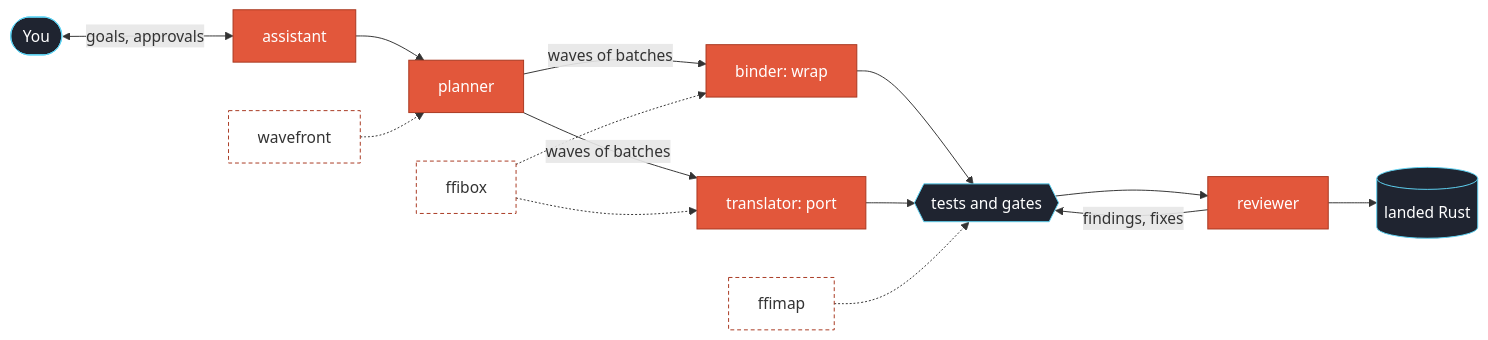
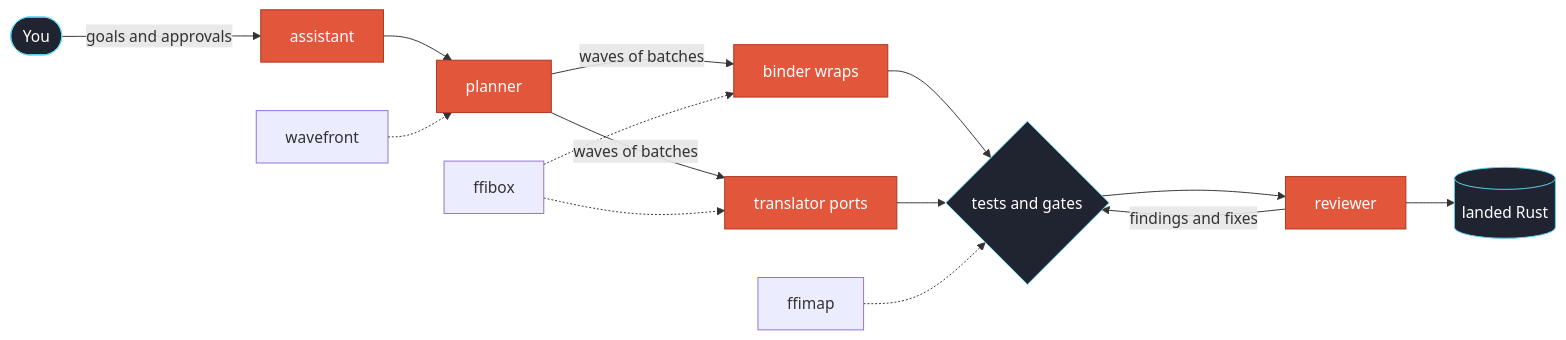
Before and after one commit to crustify-rs/crustify: the diagram in README.md, drawn with Mermaid.

Commit message:
README: the diagram in plain Mermaid syntax
GitHub did not render the first form. Short ids, unquoted labels, one-way
arrows and no dashed class.

Claude-Session: https://claude.ai/code/session_01HDUs3VSncJbgCVJUnQDx7e

````diff
--- a/README.md
+++ b/README.md
@@ -191,23 +191,21 @@
 ```mermaid
 flowchart LR
-    you(["You"]) <-->|"goals, approvals"| assistant["assistant"]
-    assistant --> planner["planner"]
-    planner -->|"waves of batches"| binder["binder: wrap"]
-    planner -->|"waves of batches"| translator["translator: port"]
-    binder --> gates{{"tests and gates"}}
-    translator --> gates
-    gates --> reviewer["reviewer"]
-    reviewer -->|"findings, fixes"| gates
-    reviewer --> landed[("landed Rust")]
-    wavefront["wavefront"] -.-> planner
-    ffibox["ffibox"] -.-> binder
-    ffibox -.-> translator
-    ffimap["ffimap"] -.-> gates
+    U([You]) -->|goals and approvals| A[assistant]
+    A --> P[planner]
+    P -->|waves of batches| B[binder wraps]
+    P -->|waves of batches| T[translator ports]
+    B --> G{tests and gates}
+    T --> G
+    G --> R[reviewer]
+    R -->|findings and fixes| G
+    R --> L[(landed Rust)]
+    W[wavefront] -.-> P
+    X[ffibox] -.-> B
+    X -.-> T
+    M[ffimap] -.-> G
 
-    classDef agent fill:#E2573B,stroke:#A8371F,color:#ffffff;
-    classDef plain fill:#1F2430,stroke:#5FD4F4,color:#ffffff;
-    class assistant,planner,binder,translator,reviewer agent;
-    class you,gates,landed plain;
-    classDef tool fill:none,stroke:#A8371F,stroke-dasharray:4 3;
-    class wavefront,ffibox,ffimap tool;
+    classDef agent fill:#E2573B,stroke:#A8371F,color:#ffffff
+    classDef plain fill:#1F2430,stroke:#5FD4F4,color:#ffffff
+    class A,P,B,T,R agent
+    class U,G,L plain
 ```
````
